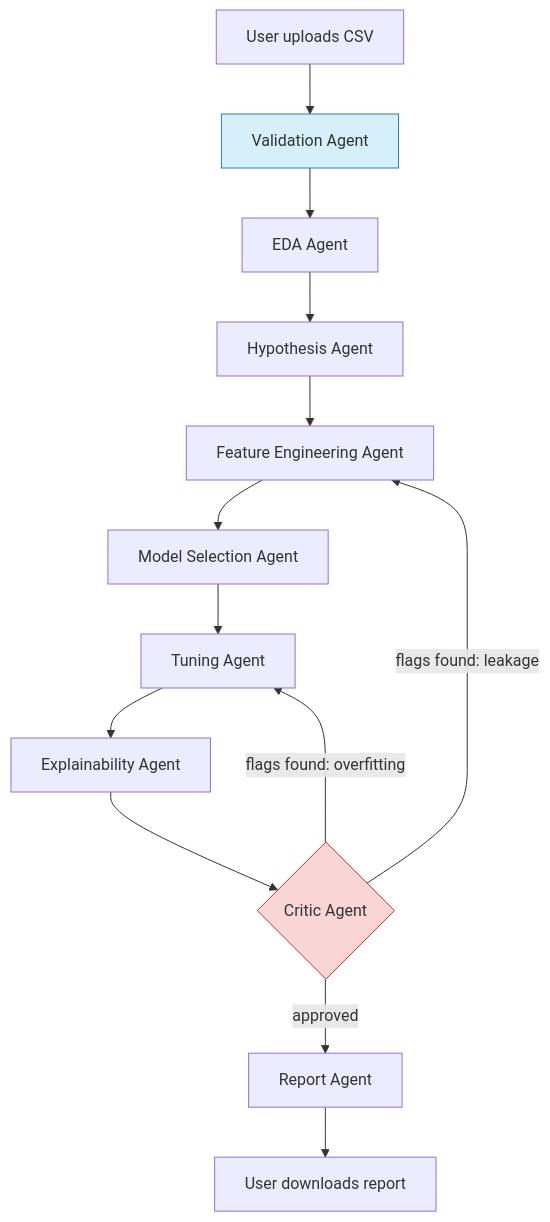
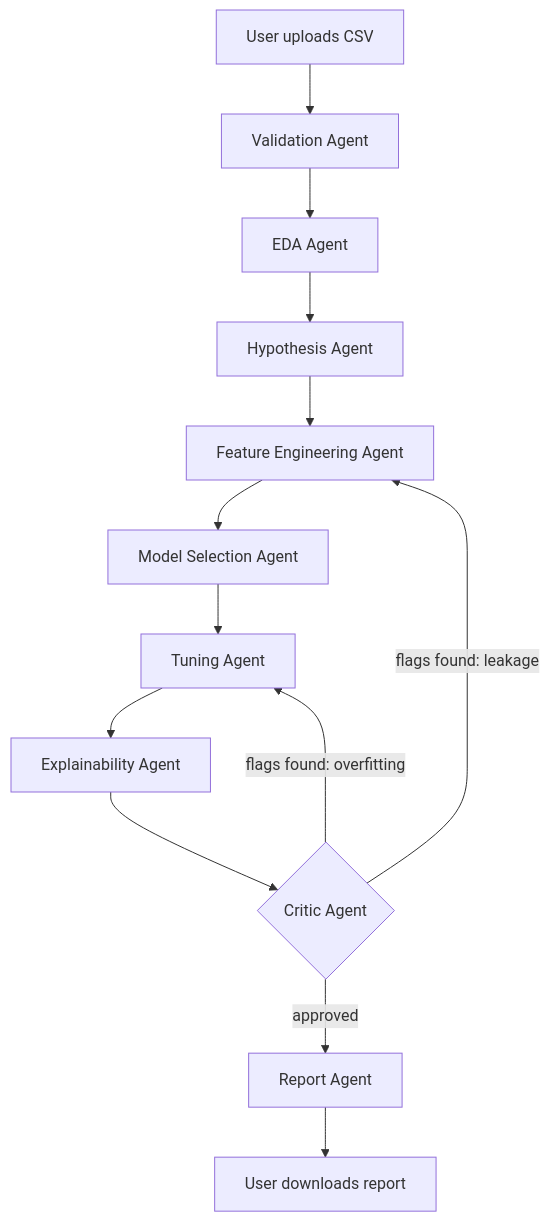
Before and after one commit to SubhansuPradhan/AgentLab: the first of 2 diagrams in README.md, drawn with Mermaid. The commit also changed other lines of this file, not shown here.

````diff
--- a/README.md
+++ b/README.md
@@ -27,18 +27,15 @@
 ```mermaid
 flowchart TD
     U[User uploads CSV] --> V[Validation Agent]
     V --> E[EDA Agent]
     E --> H[Hypothesis Agent]
     H --> F[Feature Engineering Agent]
     F --> M[Model Selection Agent]
     M --> T[Tuning Agent]
     T --> X[Explainability Agent]
     X --> C{Critic Agent}
     C -- flags found: leakage --> F
     C -- flags found: overfitting --> T
     C -- approved --> R[Report Agent]
     R --> Dl[User downloads report]
-
-    style C fill:#f9d5d5,stroke:#c0392b
-    style V fill:#d5f0f9,stroke:#2980b9
 ```
````
